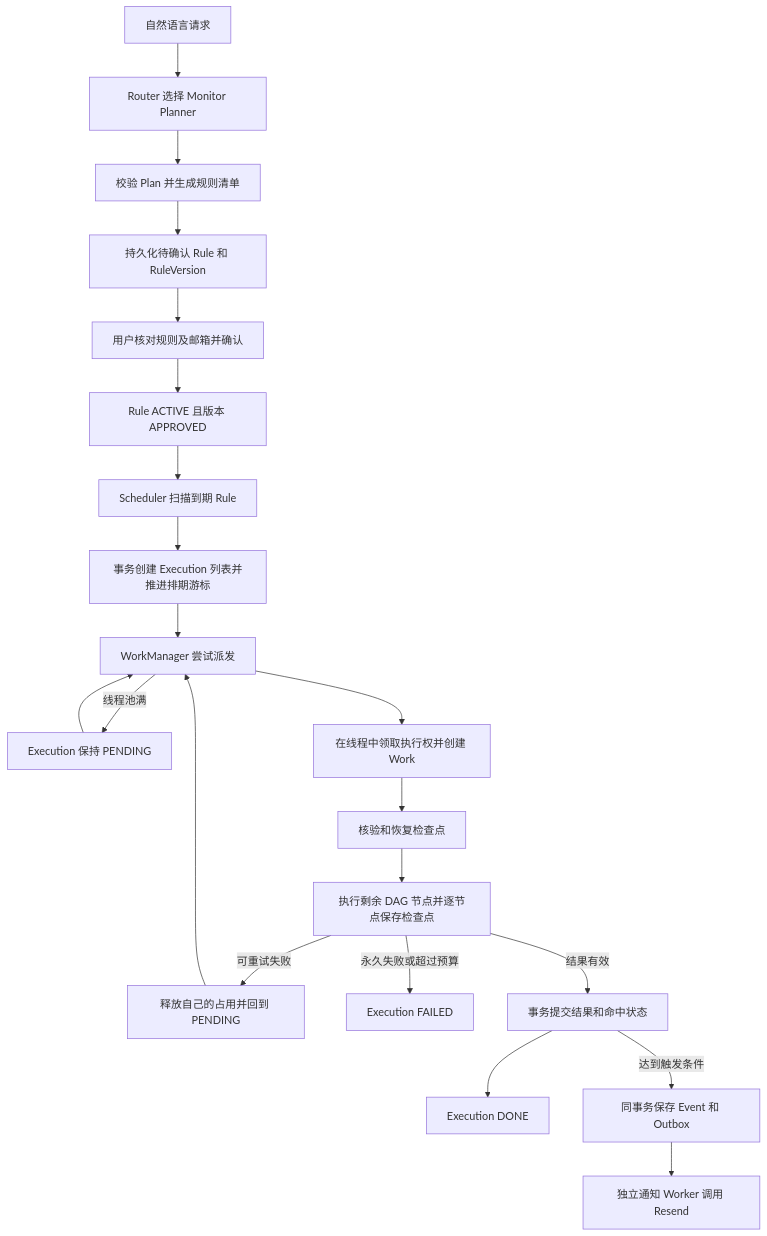
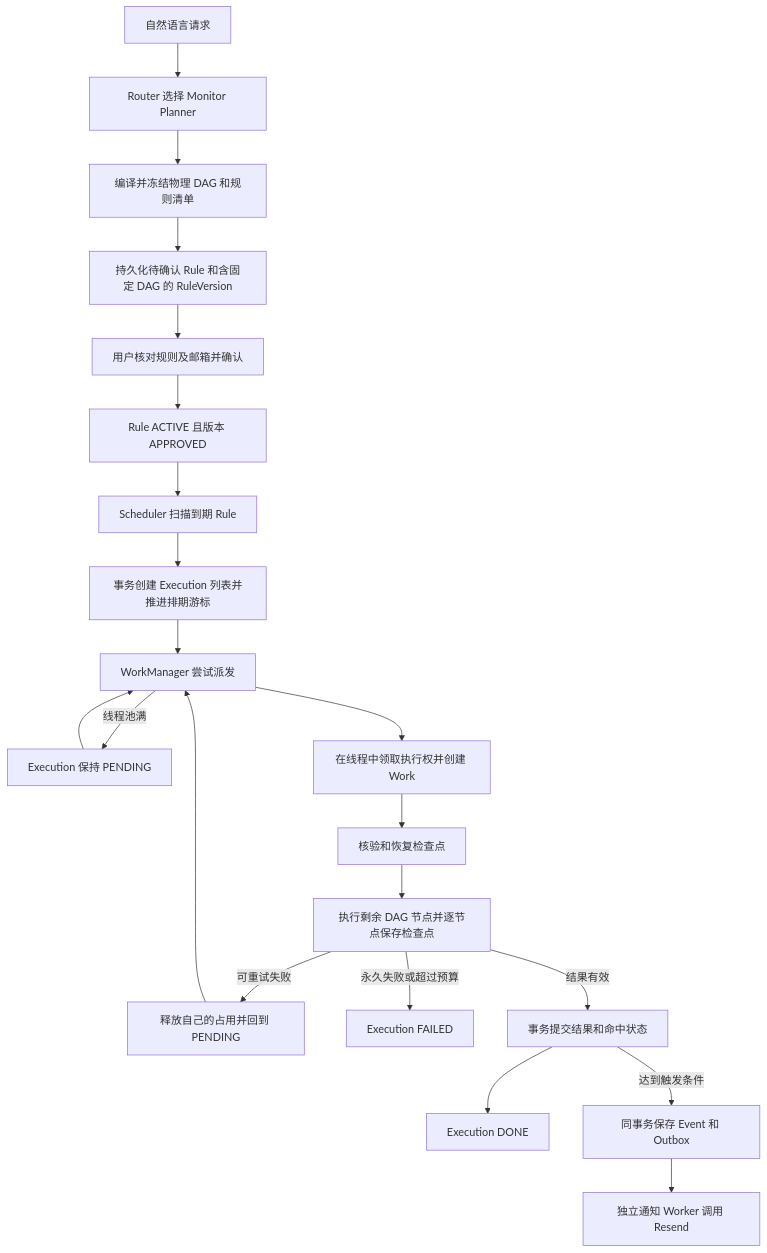
One commit to wztbbs/CEXPilot changed the second of 6 diagrams in docs/主动监控.md. Above: the diagram before and after it, drawn with Mermaid. The commit also changed other lines of this file and 14 other files, not shown here.

````diff
--- a/docs/主动监控.md
+++ b/docs/主动监控.md
@@ -207,23 +214,23 @@
 ```mermaid
 flowchart TD
     A[自然语言请求] --> B[Router 选择 Monitor Planner]
-    B --> C[校验 Plan 并生成规则清单]
-    C --> D[持久化待确认 Rule 和 RuleVersion]
+    B --> C[编译并冻结物理 DAG 和规则清单]
+    C --> D[持久化待确认 Rule 和含固定 DAG 的 RuleVersion]
     D --> E[用户核对规则及邮箱并确认]
     E --> F[Rule ACTIVE 且版本 APPROVED]
     F --> G[Scheduler 扫描到期 Rule]
     G --> H[事务创建 Execution 列表并推进排期游标]
     H --> I[WorkManager 尝试派发]
     I -->|线程池满| J[Execution 保持 PENDING]
     J --> I
     I --> K[在线程中领取执行权并创建 Work]
     K --> L[核验和恢复检查点]
     L --> M[执行剩余 DAG 节点并逐节点保存检查点]
     M -->|可重试失败| N[释放自己的占用并回到 PENDING]
     N --> I
     M -->|永久失败或超过预算| O[Execution FAILED]
     M -->|结果有效| P[事务提交结果和命中状态]
     P --> Q[Execution DONE]
     P -->|达到触发条件| R[同事务保存 Event 和 Outbox]
     R --> S[独立通知 Worker 调用 Resend]
 ```
````
